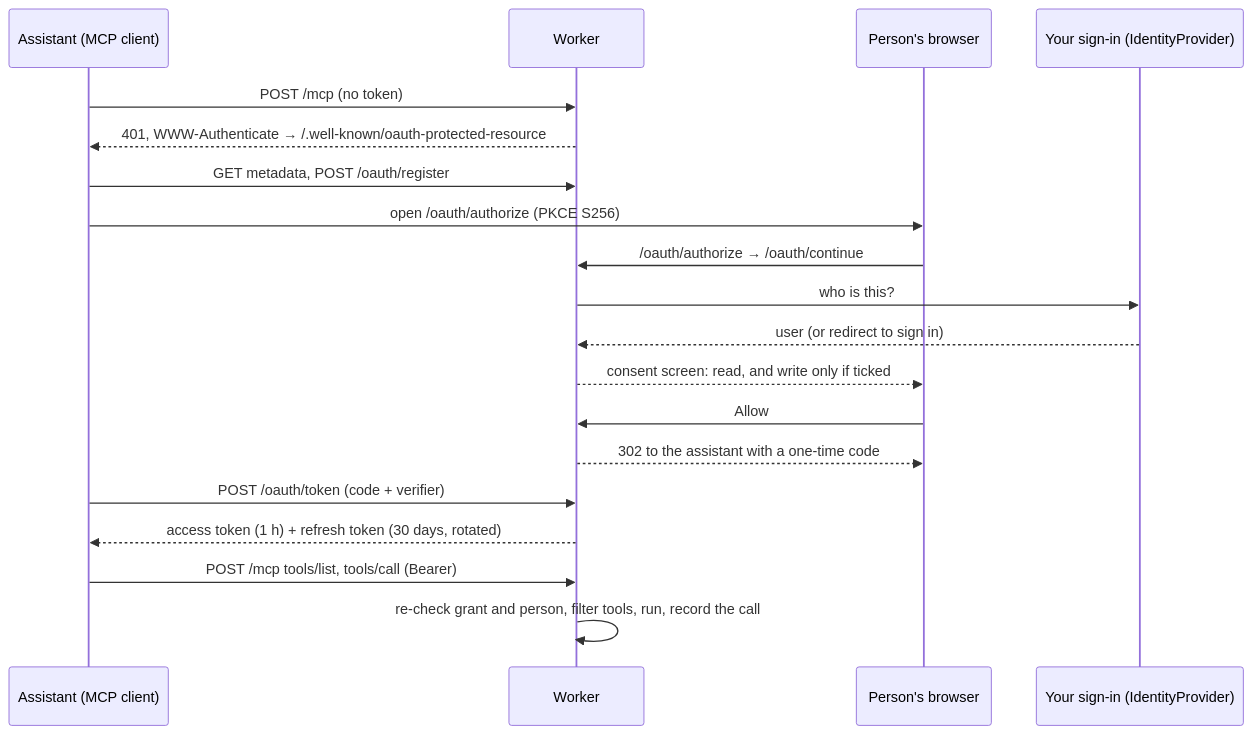
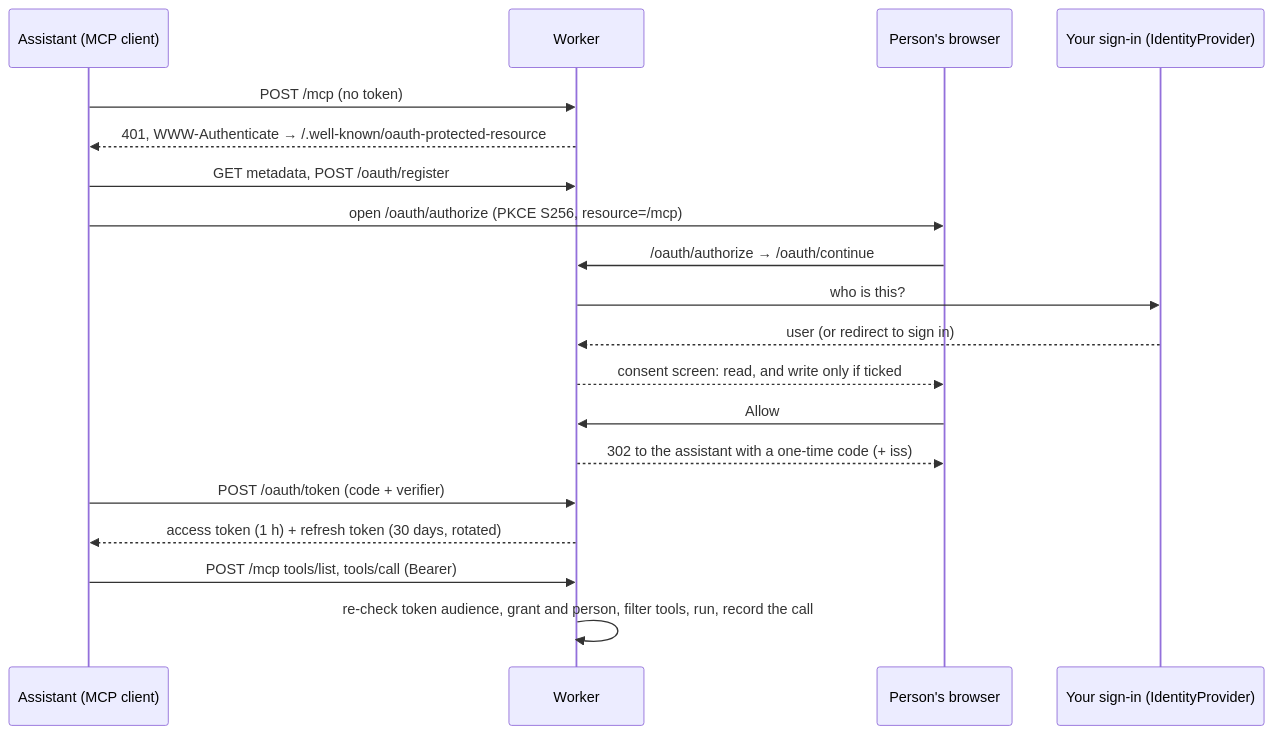
One commit to moraph-com/mcp-worker-kit changed the diagram in README.md. Above: the diagram before and after it, drawn with Mermaid. The commit also changed other lines of this file and 9 other files, not shown here.

````diff
--- a/README.md
+++ b/README.md
@@ -63,21 +77,21 @@
 ```mermaid
 sequenceDiagram
     participant A as Assistant (MCP client)
     participant W as Worker
     participant B as Person's browser
     participant I as Your sign-in (IdentityProvider)
     A->>W: POST /mcp (no token)
     W-->>A: 401, WWW-Authenticate → /.well-known/oauth-protected-resource
     A->>W: GET metadata, POST /oauth/register
-    A->>B: open /oauth/authorize (PKCE S256)
+    A->>B: open /oauth/authorize (PKCE S256, resource=/mcp)
     B->>W: /oauth/authorize → /oauth/continue
     W->>I: who is this?
     I-->>W: user (or redirect to sign in)
     W-->>B: consent screen: read, and write only if ticked
     B->>W: Allow
-    W-->>B: 302 to the assistant with a one-time code
+    W-->>B: 302 to the assistant with a one-time code (+ iss)
     A->>W: POST /oauth/token (code + verifier)
     W-->>A: access token (1 h) + refresh token (30 days, rotated)
     A->>W: POST /mcp tools/list, tools/call (Bearer)
-    W->>W: re-check grant and person, filter tools, run, record the call
+    W->>W: re-check token audience, grant and person, filter tools, run, record the call
 ```
````
